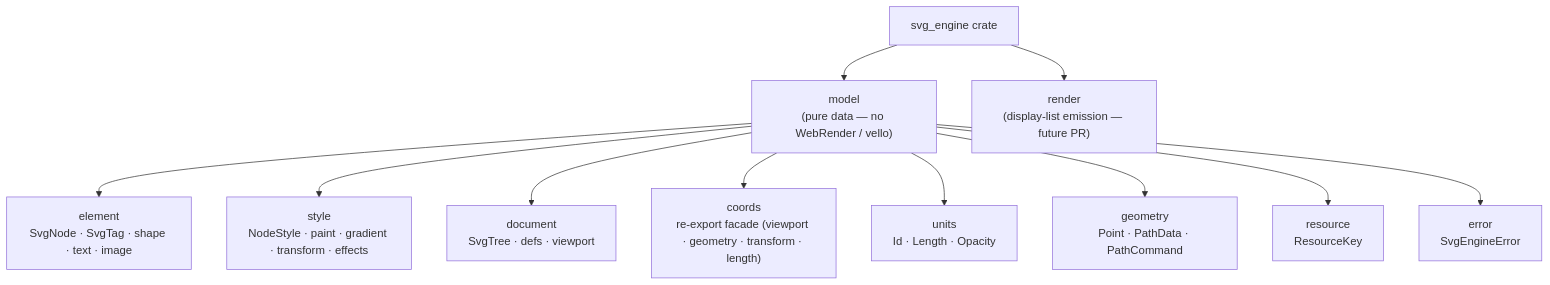
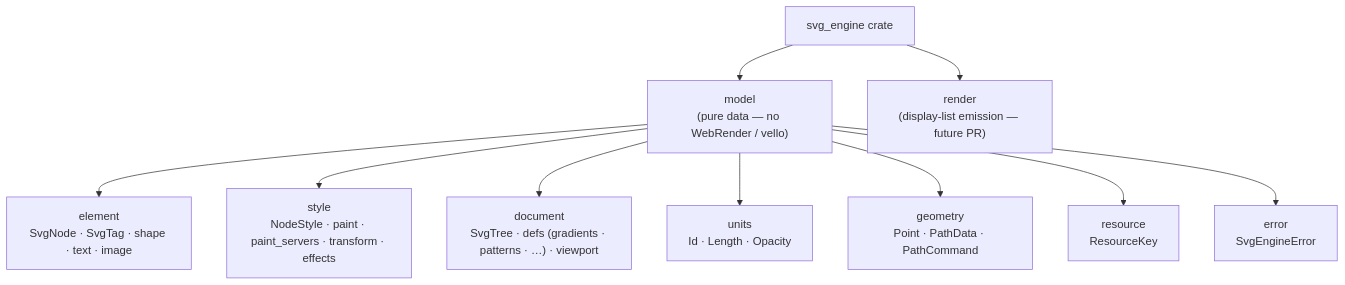
Before and after one commit to mu-mostafa98/servo: the first of 17 diagrams in svg-engine-data-model.md, drawn with Mermaid. The commit also changed other lines of this file and 23 other files, not shown here.

````diff
--- a/svg-engine-data-model.md
+++ b/svg-engine-data-model.md
@@ -31,14 +31,13 @@
 ```mermaid
 flowchart TD
     CE["svg_engine crate"] --> M["model<br/>(pure data — no WebRender / vello)"]
     CE --> R["render<br/>(display-list emission — future PR)"]
 
     M --> E["element<br/>SvgNode · SvgTag · shape · text · image"]
-    M --> S["style<br/>NodeStyle · paint · gradient · transform · effects"]
-    M --> D["document<br/>SvgTree · defs · viewport"]
-    M --> C["coords<br/>re-export facade (viewport · geometry · transform · length)"]
+    M --> S["style<br/>NodeStyle · paint · paint_servers · transform · effects"]
+    M --> D["document<br/>SvgTree · defs (gradients · patterns · …) · viewport"]
     M --> U["units<br/>Id · Length · Opacity"]
     M --> G["geometry<br/>Point · PathData · PathCommand"]
     M --> RS["resource<br/>ResourceKey"]
     M --> ER["error<br/>SvgEngineError"]
 ```
````
